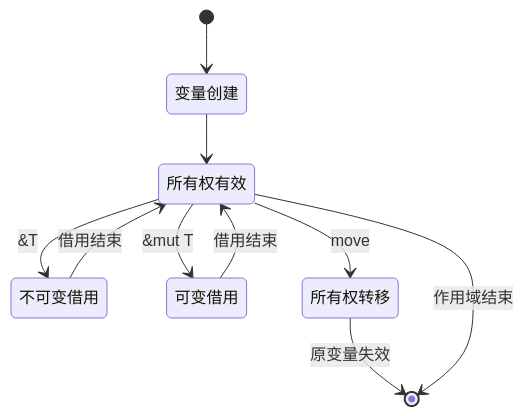
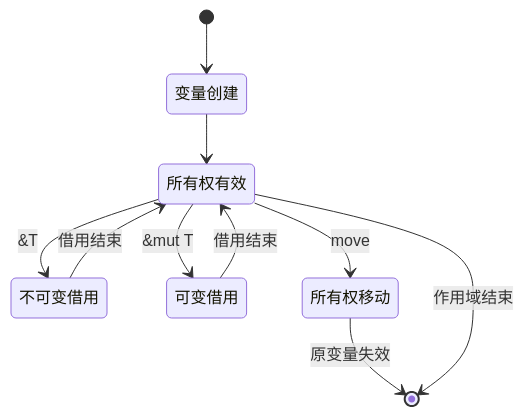
The second of 10 diagrams in formal_rust/refactor/duplicate_dirs/18_model_systems/02_model_theory.md (martin-ly/rust-lang), drawn with Mermaid before and after one commit. The commit also changed other lines of this file and 5740 other files, not shown here.

````diff
--- a/formal_rust/refactor/duplicate_dirs/18_model_systems/02_model_theory.md
+++ b/formal_rust/refactor/duplicate_dirs/18_model_systems/02_model_theory.md
@@ -94,12 +94,12 @@
 ```mermaid
 stateDiagram-v2
     [*] --> 变量创建
     变量创建 --> 所有权有效
     所有权有效 --> 不可变借用: &T
     所有权有效 --> 可变借用: &mut T
-    所有权有效 --> 所有权转移: move
+    所有权有效 --> 所有权移动: move
     不可变借用 --> 所有权有效: 借用结束
     可变借用 --> 所有权有效: 借用结束
-    所有权转移 --> [*]: 原变量失效
+    所有权移动 --> [*]: 原变量失效
     所有权有效 --> [*]: 作用域结束
 ```
````
